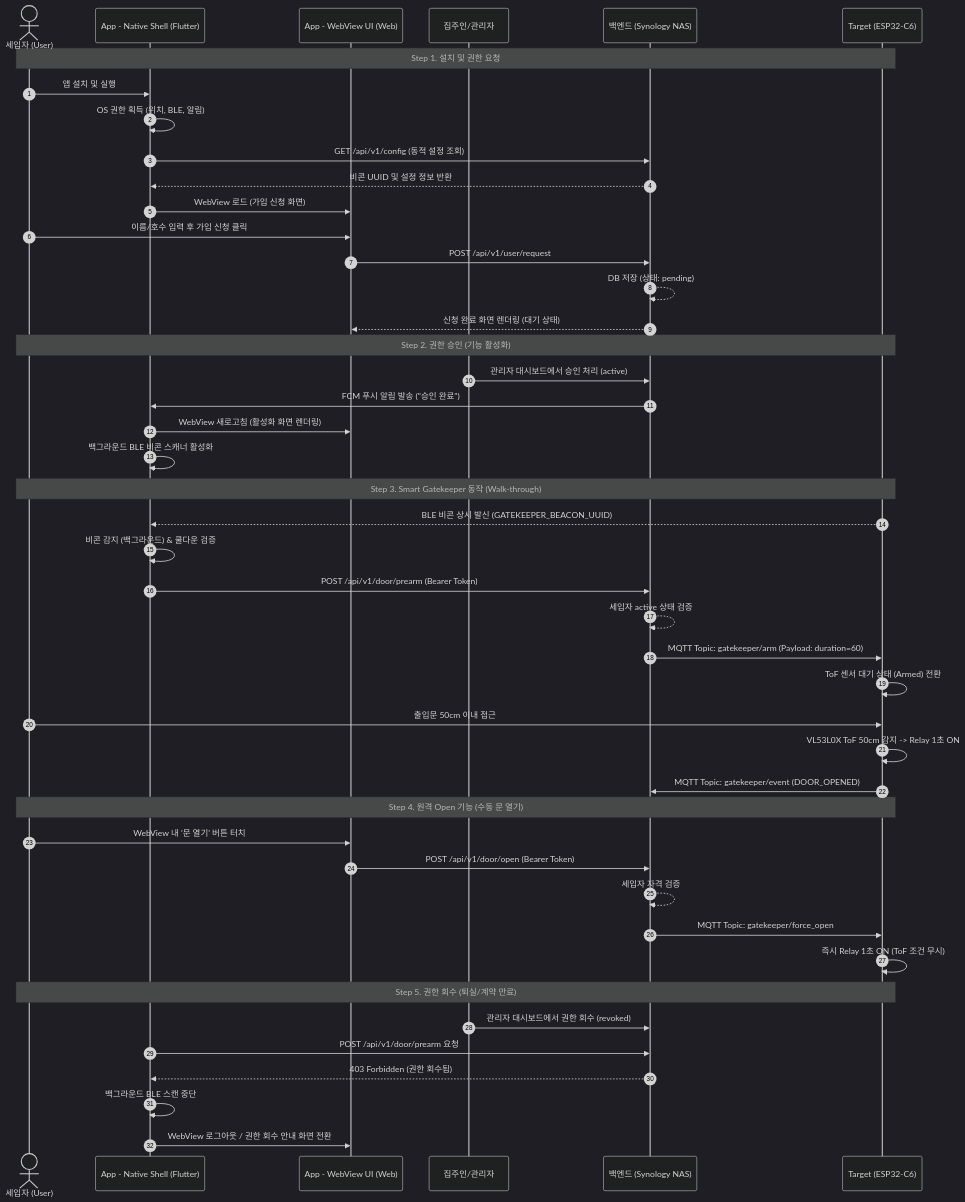
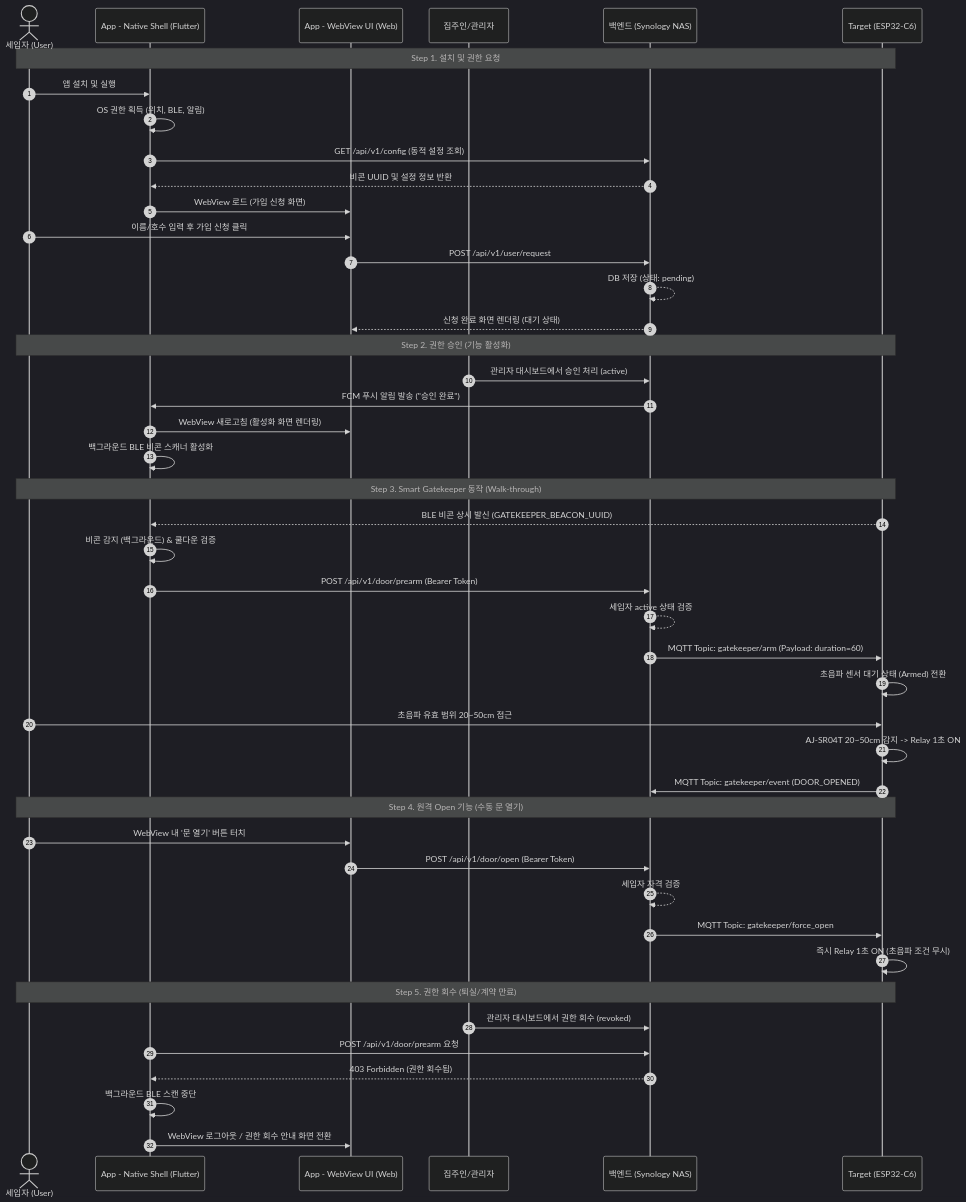
Before and after one commit to ks-house/smart-gatekeeper: the diagram in wiki/mobile_app_scenario.md, drawn with Mermaid (dark theme). The commit also changed other lines of this file and 24 other files, not shown here.

Commit message:
fix: harden background beacon access flow

````diff
--- a/wiki/mobile_app_scenario.md
+++ b/wiki/mobile_app_scenario.md
@@ -72,52 +72,52 @@
 ```mermaid
 sequenceDiagram
     autonumber
     actor User as 세입자 (User)
     participant Shell as App - Native Shell (Flutter)
     participant Web as App - WebView UI (Web)
     participant Admin as 집주인/관리자
     participant NAS as 백엔드 (Synology NAS)
     participant Target as Target (ESP32-C6)
 
     Note over User, Target: Step 1. 설치 및 권한 요청
     User->>Shell: 앱 설치 및 실행
     Shell->>Shell: OS 권한 획득 (위치, BLE, 알림)
     Shell->>NAS: GET /api/v1/config (동적 설정 조회)
     NAS-->>Shell: 비콘 UUID 및 설정 정보 반환
     Shell->>Web: WebView 로드 (가입 신청 화면)
     User->>Web: 이름/호수 입력 후 가입 신청 클릭
     Web->>NAS: POST /api/v1/user/request
     NAS-->>NAS: DB 저장 (상태: pending)
     NAS-->>Web: 신청 완료 화면 렌더링 (대기 상태)
 
     Note over User, Target: Step 2. 권한 승인 (기능 활성화)
     Admin->>NAS: 관리자 대시보드에서 승인 처리 (active)
     NAS->>Shell: FCM 푸시 알림 발송 ("승인 완료")
     Shell->>Web: WebView 새로고침 (활성화 화면 렌더링)
     Shell->>Shell: 백그라운드 BLE 비콘 스캐너 활성화
 
     Note over User, Target: Step 3. Smart Gatekeeper 동작 (Walk-through)
     Target-->>Shell: BLE 비콘 상시 발신 (GATEKEEPER_BEACON_UUID)
     Shell->>Shell: 비콘 감지 (백그라운드) & 쿨다운 검증
     Shell->>NAS: POST /api/v1/door/prearm (Bearer Token)
     NAS-->>NAS: 세입자 active 상태 검증
     NAS->>Target: MQTT Topic: gatekeeper/arm (Payload: duration=60)
-    Target->>Target: ToF 센서 대기 상태 (Armed) 전환
-    User->>Target: 출입문 50cm 이내 접근
-    Target->>Target: VL53L0X ToF 50cm 감지 -> Relay 1초 ON
+    Target->>Target: 초음파 센서 대기 상태 (Armed) 전환
+    User->>Target: 초음파 유효 범위 20~50cm 접근
+    Target->>Target: AJ-SR04T 20~50cm 감지 -> Relay 1초 ON
     Target->>NAS: MQTT Topic: gatekeeper/event (DOOR_OPENED)
 
     Note over User, Target: Step 4. 원격 Open 기능 (수동 문 열기)
     User->>Web: WebView 내 '문 열기' 버튼 터치
     Web->>NAS: POST /api/v1/door/open (Bearer Token)
     NAS-->>NAS: 세입자 자격 검증
     NAS->>Target: MQTT Topic: gatekeeper/force_open
-    Target->>Target: 즉시 Relay 1초 ON (ToF 조건 무시)
+    Target->>Target: 즉시 Relay 1초 ON (초음파 조건 무시)
 
     Note over User, Target: Step 5. 권한 회수 (퇴실/계약 만료)
     Admin->>NAS: 관리자 대시보드에서 권한 회수 (revoked)
     Shell->>NAS: POST /api/v1/door/prearm 요청
     NAS-->>Shell: 403 Forbidden (권한 회수됨)
     Shell->>Shell: 백그라운드 BLE 스캔 중단
     Shell->>Web: WebView 로그아웃 / 권한 회수 안내 화면 전환
 ```
````
